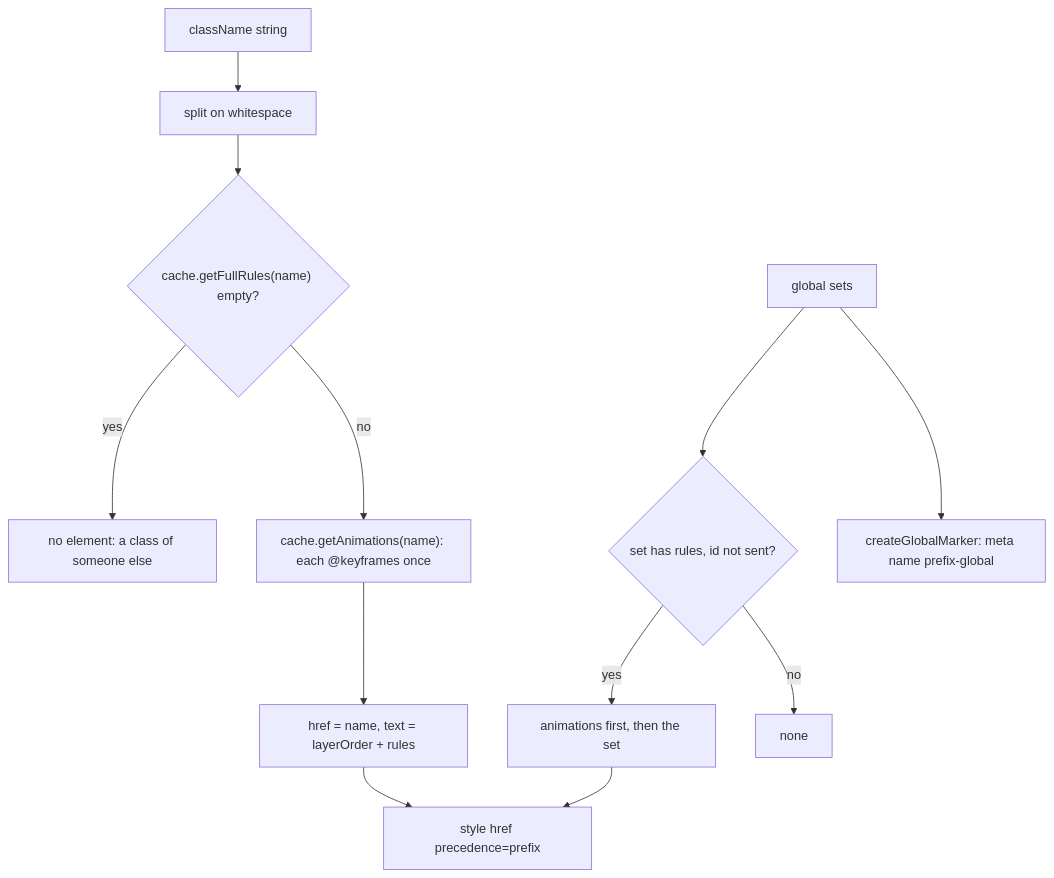
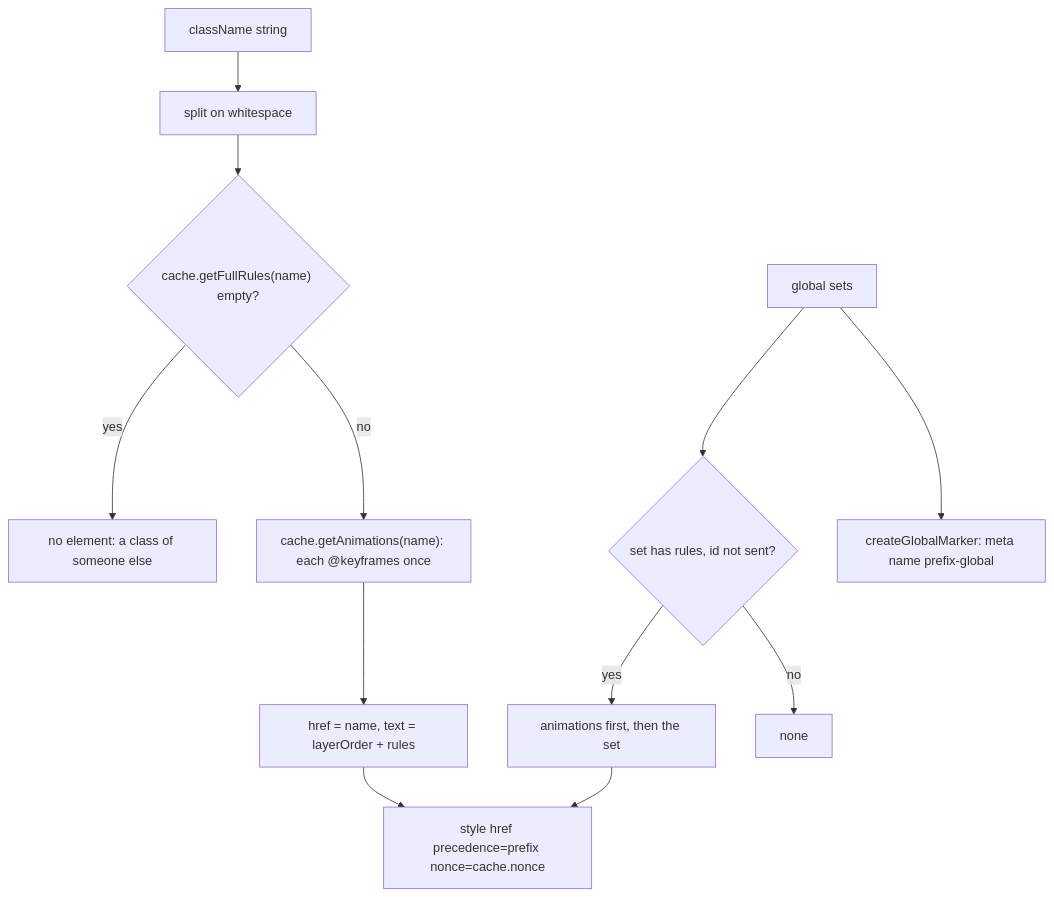
The diagram in packages/react/src/styleElements.md (soroush-tech/umber-style), drawn with Mermaid before and after one commit. The commit also changed other lines of this file and 127 other files, not shown here.

````diff
--- a/packages/react/src/styleElements.md
+++ b/packages/react/src/styleElements.md
@@ -22,14 +22,14 @@
 ```mermaid
 flowchart TD
   names["className string"] --> split["split on whitespace"]
   split --> rules{"cache.getFullRules(name) empty?"}
   rules -->|yes| skip["no element: a class of someone else"]
   rules -->|no| anims["cache.getAnimations(name): each @keyframes once"]
   anims --> text["href = name, text = layerOrder + rules"]
-  text --> elems["style href precedence=prefix"]
+  text --> elems["style href precedence=prefix nonce=cache.nonce"]
   sets["global sets"] --> hasRules{"set has rules, id not sent?"}
   hasRules -->|yes| gAnims["animations first, then the set"]
   hasRules -->|no| skip2["none"]
   gAnims --> elems
   sets --> marker["createGlobalMarker: meta name prefix-global"]
 ```
````
